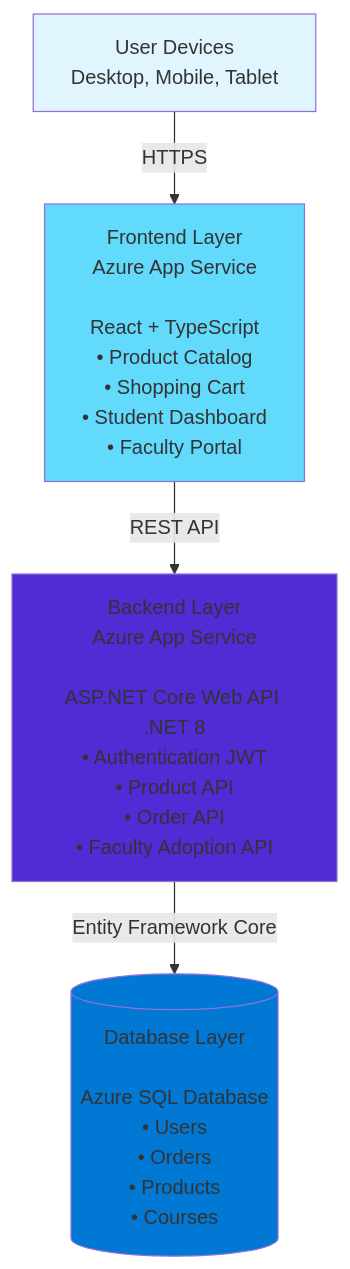
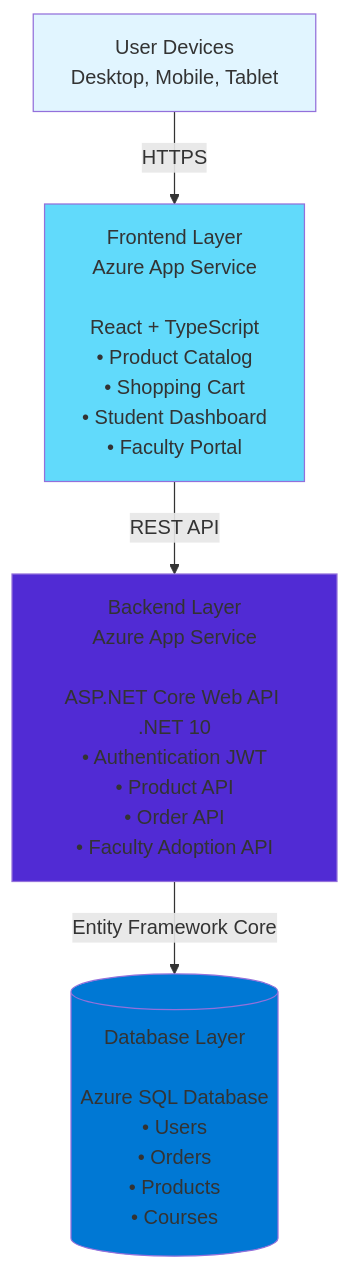
The diagram in docs/system-architecture.md (Jackson-Ware/Bus-Sys-App-Dev-Project), drawn with Mermaid before and after one commit.

Commit message:
Updated to .net 10

````diff
--- a/docs/system-architecture.md
+++ b/docs/system-architecture.md
@@ -2,19 +2,19 @@
 ```mermaid
 graph TB
     Users[User Devices<br/>Desktop, Mobile, Tablet]
     
     Frontend[Frontend Layer<br/>Azure App Service<br/><br/>React + TypeScript<br/>• Product Catalog<br/>• Shopping Cart<br/>• Student Dashboard<br/>• Faculty Portal]
     
-    Backend[Backend Layer<br/>Azure App Service<br/><br/>ASP.NET Core Web API .NET 8<br/>• Authentication JWT<br/>• Product API<br/>• Order API<br/>• Faculty Adoption API]
+    Backend[Backend Layer<br/>Azure App Service<br/><br/>ASP.NET Core Web API .NET 10<br/>• Authentication JWT<br/>• Product API<br/>• Order API<br/>• Faculty Adoption API]
     
     Database[(Database Layer<br/><br/>Azure SQL Database<br/>• Users<br/>• Orders<br/>• Products<br/>• Courses)]
     
     Users -->|HTTPS| Frontend
     Frontend -->|REST API| Backend
     Backend -->|Entity Framework Core| Database
     
     style Users fill:#e1f5ff
     style Frontend fill:#61dafb
     style Backend fill:#512bd4
     style Database fill:#0078d4
 ```
````
